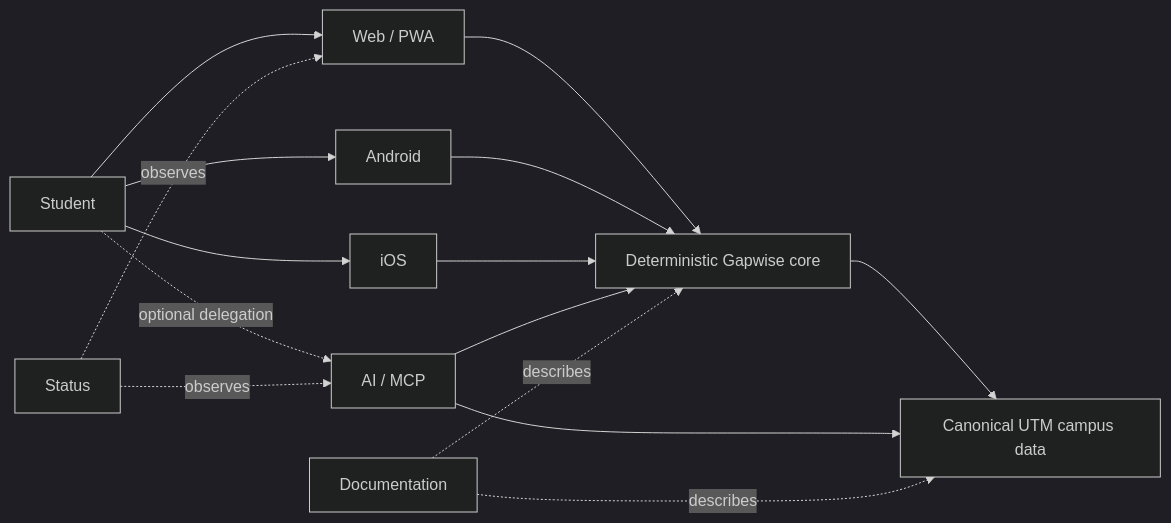
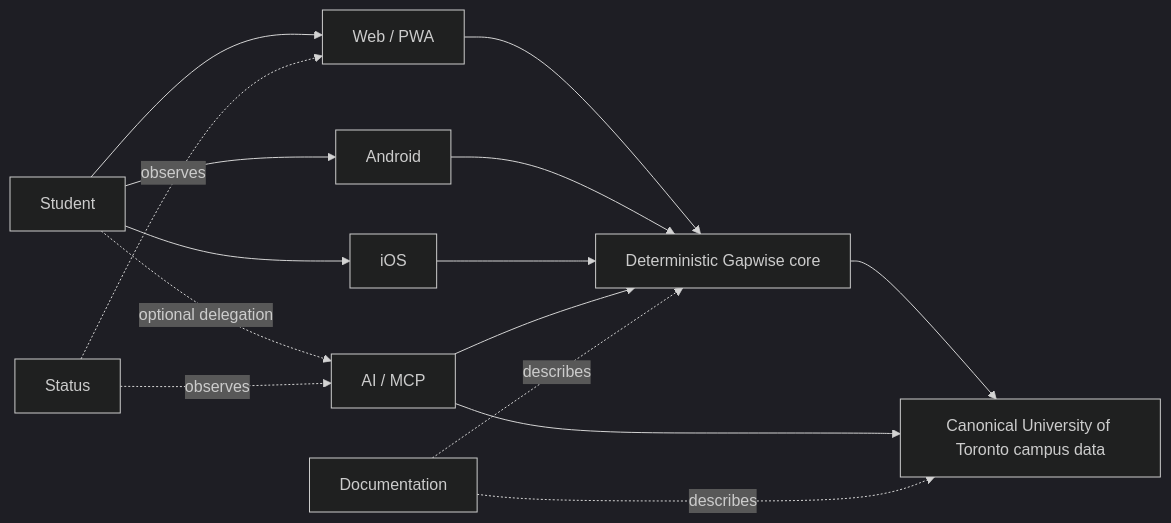
One commit to Gapwise-for-UTM/.github changed the diagram in profile/README.md. Above: the diagram before and after it, drawn with Mermaid (dark theme). The commit also changed other lines of this file and 3 other files, not shown here.

````diff
--- a/profile/README.md
+++ b/profile/README.md
@@ -49,20 +49,20 @@
 ```mermaid
 flowchart LR
     U[Student] --> W[Web / PWA]
     U --> A1[Android]
     U --> I[iOS]
     U -. optional delegation .-> AI[AI / MCP]
 
     W --> C[Deterministic Gapwise core]
     A1 --> C
     I --> C
     AI --> C
 
-    C --> D[Canonical UTM campus data]
+    C --> D[Canonical University of Toronto campus data]
     AI --> D
 
     DOCS[Documentation] -. describes .-> C
     DOCS -. describes .-> D
     STATUS[Status] -. observes .-> W
     STATUS -. observes .-> AI
 ```
````
